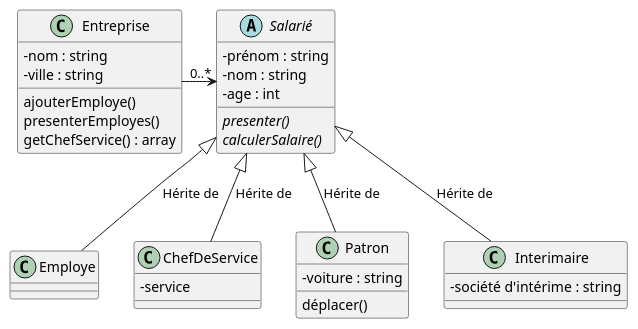
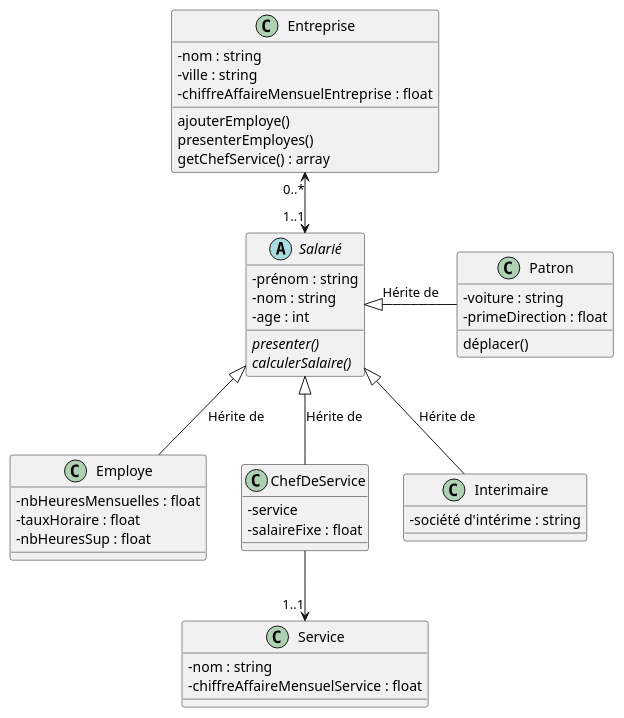
Before and after one commit to pgrvs/php-heritage: the diagram in documentation/diagramme de class.puml, drawn with PlantUML. The commit also changed 8 other files, not shown here.

```diff
--- a/documentation/diagramme de class.puml
+++ b/documentation/diagramme de class.puml
@@ -1,45 +1,58 @@
 @startuml
 'https://plantuml.com/class-diagram
 
 skinparam classAttributeIconSize 0
 
 abstract class Salarié{
     - prénom : string
     - nom : string
     - age : int
+
     {abstract} presenter()
     {abstract} calculerSalaire()
 }
 
 class Employe {
+    - nbHeuresMensuelles : float
+    - tauxHoraire : float
+    - nbHeuresSup : float
 }
 
 class ChefDeService {
     -service
+    - salaireFixe : float
 }
 
 class Patron {
     - voiture : string
+    - primeDirection : float
     déplacer()
 }
 
 class Entreprise {
     - nom : string
     - ville : string
+    - chiffreAffaireMensuelEntreprise : float
     ajouterEmploye()
     presenterEmployes()
     getChefService() : array
 }
 
 class Interimaire {
     - société d'intérime : string
 }
 
-Entreprise"0..*"->Salarié
+class Service {
+    - nom : string
+    - chiffreAffaireMensuelService : float
+}
 
-Salarié ^-- Patron : Hérite de
+Entreprise"0..*"<-->"1..1"Salarié
+ChefDeService-->"1..1"Service
+
+Salarié ^- Patron : Hérite de
 Salarié ^-- ChefDeService : Hérite de
 Salarié ^-- Interimaire : Hérite de
 Salarié ^-- Employe : Hérite de
 
 @enduml
```
